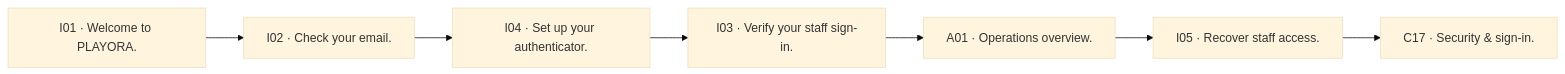
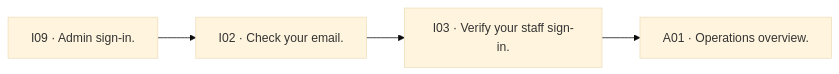
One commit to arshia-rgh/BoosterPlus changed the ninth of 31 diagrams in docs/redesign/FLOWS.md. Above: the diagram before and after it, drawn with Mermaid (base theme). The commit also changed other lines of this file and 20 other files, not shown here.

Commit message:
design: separate staff sign-ins and resolve full UX review

````diff
--- a/docs/redesign/FLOWS.md
+++ b/docs/redesign/FLOWS.md
@@ -304,16 +304,10 @@
 ```mermaid
 flowchart LR
-  n0["I01 · Welcome to PLAYORA."]
+  n0["I09 · Admin sign-in."]
   n1["I02 · Check your email."]
-  n2["I04 · Set up your authenticator."]
-  n3["I03 · Verify your staff sign-in."]
-  n4["A01 · Operations overview."]
-  n5["I05 · Recover staff access."]
-  n6["C17 · Security & sign-in."]
+  n2["I03 · Verify your staff sign-in."]
+  n3["A01 · Operations overview."]
   n0 --> n1
   n1 --> n2
   n2 --> n3
-  n3 --> n4
-  n4 --> n5
-  n5 --> n6
 ```
````
